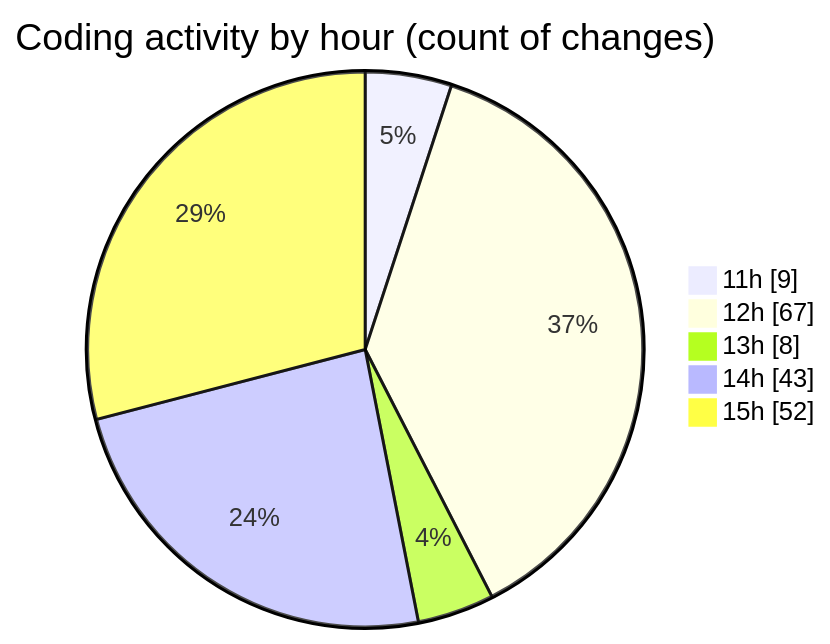
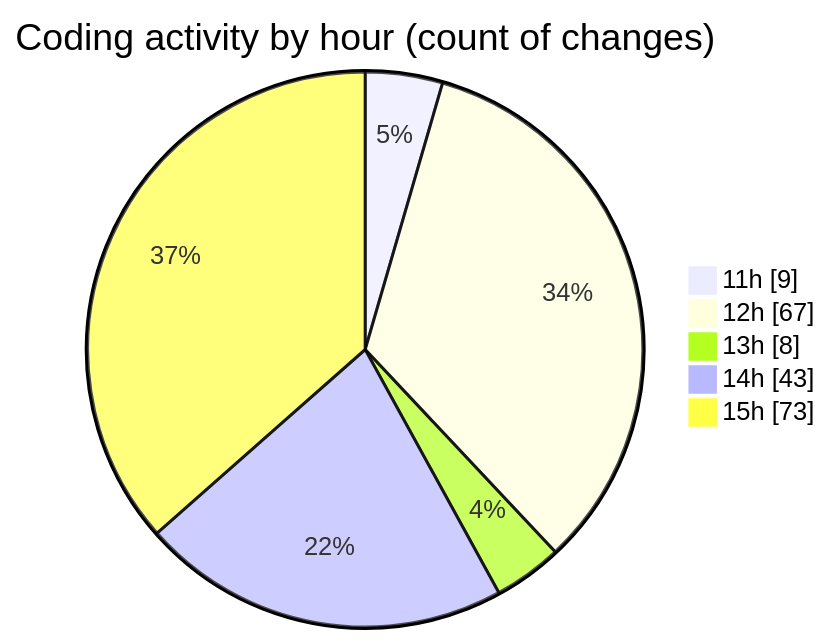
Before and after one commit to nxtqubesakshisongat/code-tracking: the second of 2 diagrams in 2026-08-23/nxtqube_webapp/README.md, drawn with Mermaid. The commit also changed other lines of this file and 1 other file, not shown here.

````diff
--- a/2026-08-23/nxtqube_webapp/README.md
+++ b/2026-08-23/nxtqube_webapp/README.md
@@ -86,9 +91,9 @@
 ```mermaid
 pie showData
 title Coding activity by hour (count of changes)
 "11h" : 9
 "12h" : 67
 "13h" : 8
 "14h" : 43
-"15h" : 52
+"15h" : 73
 ```
````
